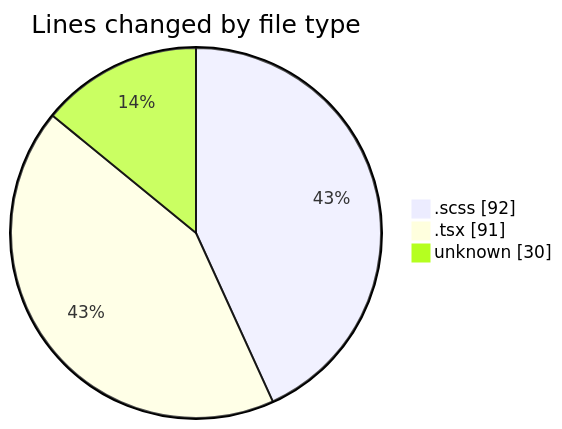
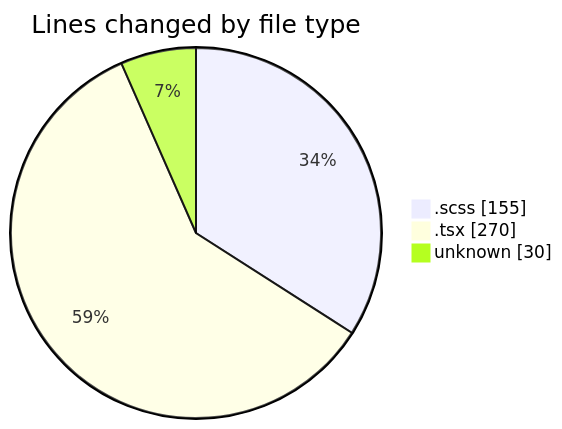
One commit to momahboobian/code-tracking changed the first of 2 diagrams in 2025-03-05/cda/README.md. Above: the diagram before and after it, drawn with Mermaid. The commit also changed other lines of this file and 1 other file, not shown here.

````diff
--- a/2025-03-05/cda/README.md
+++ b/2025-03-05/cda/README.md
@@ -23,7 +25,7 @@
 ```mermaid
 pie showData
 title Lines changed by file type
-".scss" : 92
-".tsx" : 91
+".scss" : 155
+".tsx" : 270
 "unknown" : 30
 ```
````
